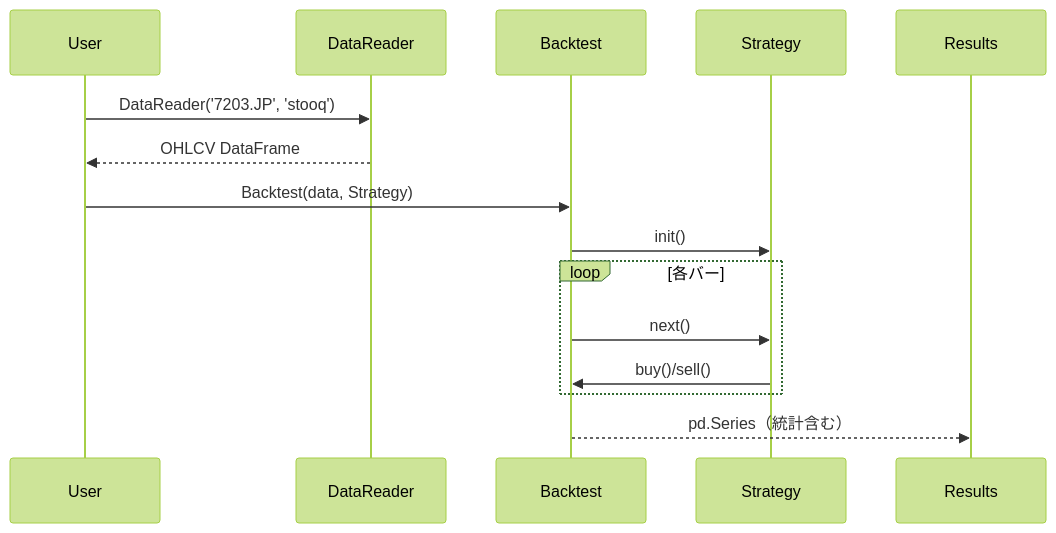
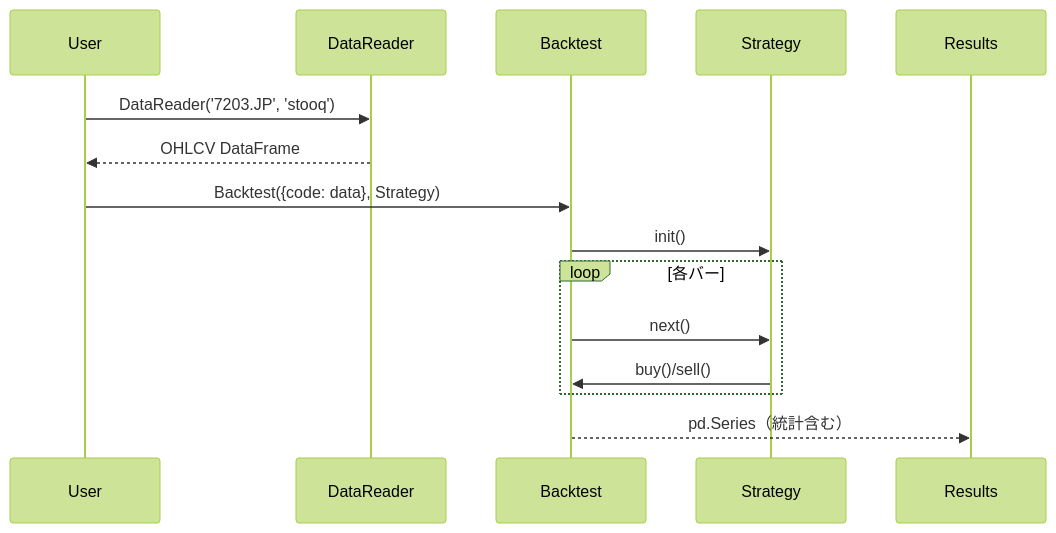
Before and after one commit to BackcastPro/BackcastPro: the diagram in docs/tutorial.md, drawn with Mermaid (forest theme). The commit also changed other lines of this file and 3 other files, not shown here.

````diff
--- a/docs/tutorial.md
+++ b/docs/tutorial.md
@@ -23,17 +23,17 @@
 ```mermaid
 sequenceDiagram
     participant U as User
     participant D as DataReader
     participant B as Backtest
     participant S as Strategy
     participant R as Results
     U->>D: DataReader('7203.JP', 'stooq')
     D-->>U: OHLCV DataFrame
-    U->>B: Backtest(data, Strategy)
+    U->>B: Backtest({code: data}, Strategy)
     B->>S: init()
     loop 各バー
         B->>S: next()
         S->>B: buy()/sell()
     end
     B-->>R: pd.Series（統計含む）
 ```
````
